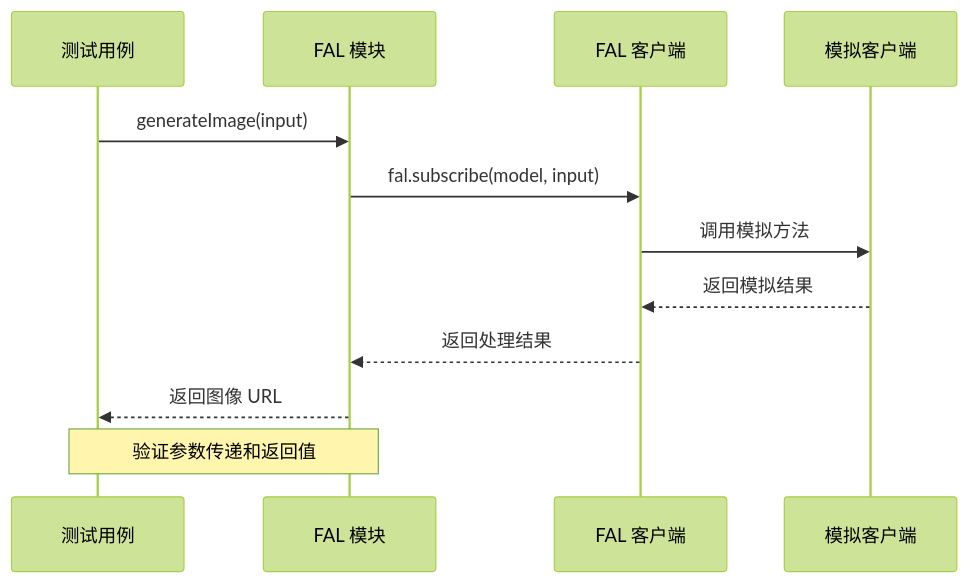
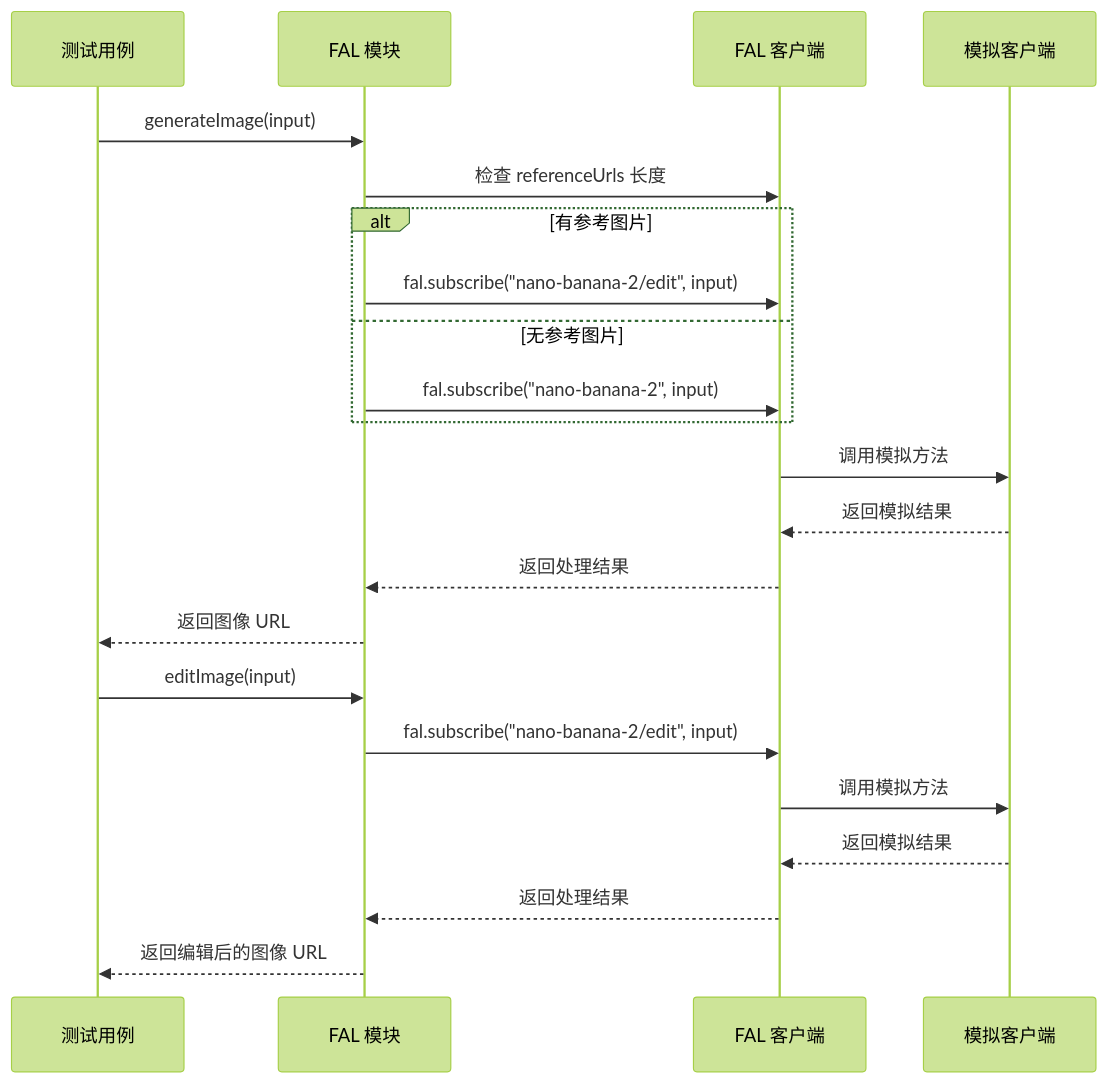
Before and after one commit to billye220670/BananaFlow2: the sixth of 7 diagrams in .qoder/repowiki/zh/content/测试策略.md, drawn with Mermaid (forest theme). The commit also changed other lines of this file and 22 other files, not shown here.

````diff
--- a/.qoder/repowiki/zh/content/测试策略.md
+++ b/.qoder/repowiki/zh/content/测试策略.md
@@ -235,14 +254,24 @@
 ```mermaid
 sequenceDiagram
 participant Test as 测试用例
 participant FalModule as FAL 模块
 participant FalClient as FAL 客户端
 participant Mock as 模拟客户端
 Test->>FalModule : generateImage(input)
-FalModule->>FalClient : fal.subscribe(model, input)
+FalModule->>FalClient : 检查 referenceUrls 长度
+alt 有参考图片
+FalModule->>FalClient : fal.subscribe("nano-banana-2/edit", input)
+else 无参考图片
+FalModule->>FalClient : fal.subscribe("nano-banana-2", input)
+end
 FalClient->>Mock : 调用模拟方法
 Mock-->>FalClient : 返回模拟结果
 FalClient-->>FalModule : 返回处理结果
 FalModule-->>Test : 返回图像 URL
-Note over Test,FalModule : 验证参数传递和返回值
+Test->>FalModule : editImage(input)
+FalModule->>FalClient : fal.subscribe("nano-banana-2/edit", input)
+FalClient->>Mock : 调用模拟方法
+Mock-->>FalClient : 返回模拟结果
+FalClient-->>FalModule : 返回处理结果
+FalModule-->>Test : 返回编辑后的图像 URL
 ```
````
